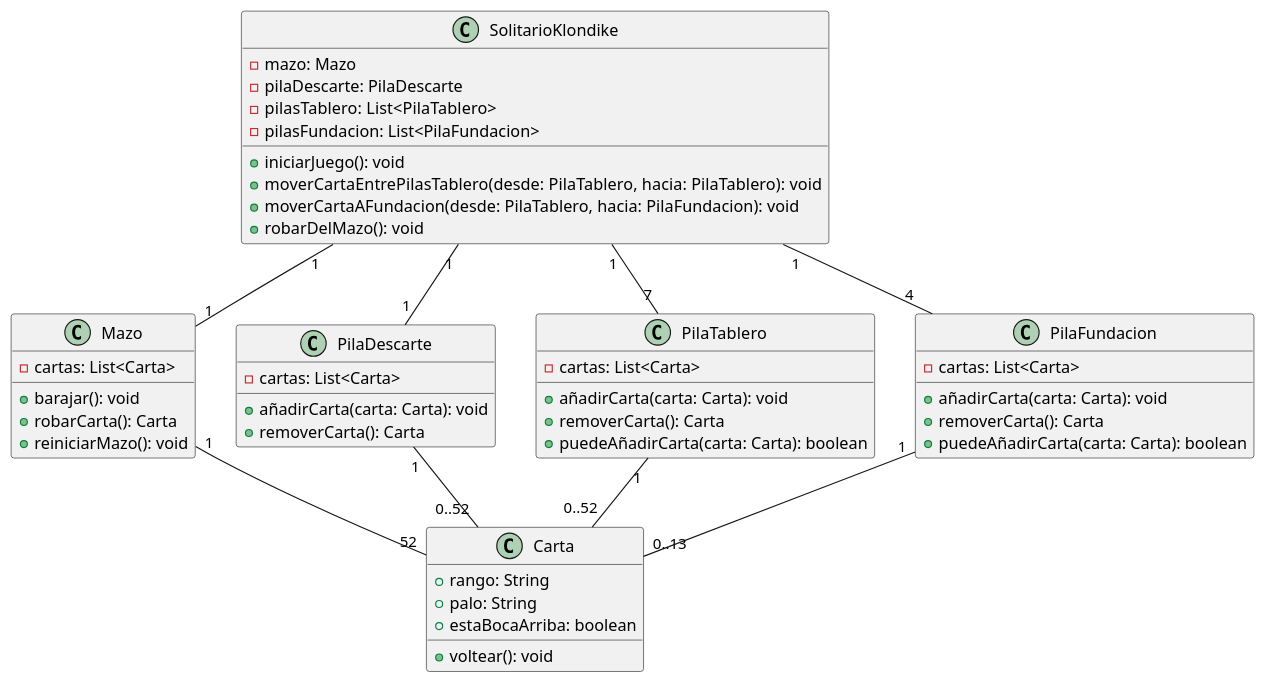
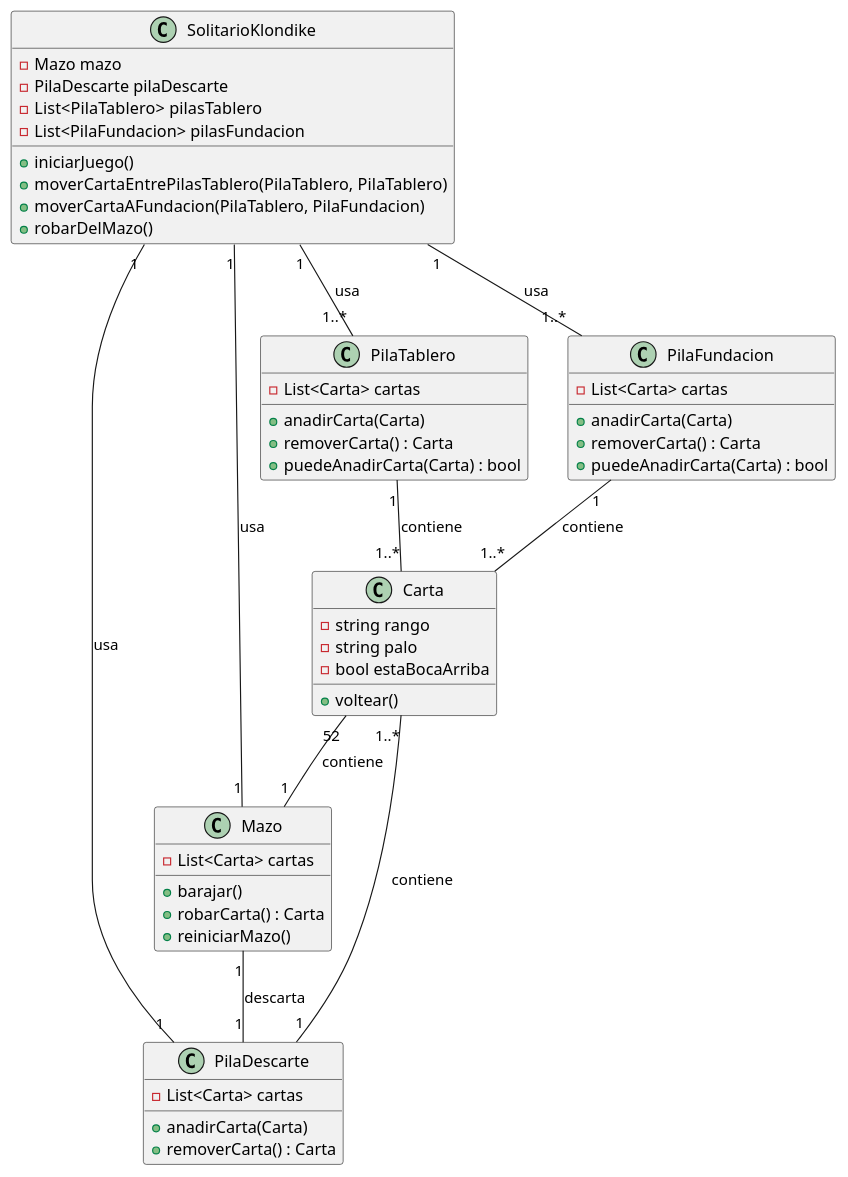
One commit to 22310226/PROYECTO-FINAL changed the diagram in uml/solitario.puml. Above: the diagram before and after it, drawn with PlantUML. The commit also changed 23 other files, not shown here.

```diff
--- a/uml/solitario.puml
+++ b/uml/solitario.puml
@@ -1,56 +1,57 @@
-@startuml Solitario 
+@startuml  
 class Carta {
-    +rango: String
-    +palo: String
-    +estaBocaArriba: boolean
-    +voltear(): void
+    - string rango
+    - string palo
+    - bool estaBocaArriba
+    + voltear()
 }
 
 class Mazo {
-    -cartas: List<Carta>
-    +barajar(): void
-    +robarCarta(): Carta
-    +reiniciarMazo(): void
+    - List<Carta> cartas
+    + barajar()
+    + robarCarta() : Carta
+    + reiniciarMazo()
 }
 
 class PilaDescarte {
-    -cartas: List<Carta>
-    +añadirCarta(carta: Carta): void
-    +removerCarta(): Carta
+    - List<Carta> cartas
+    + anadirCarta(Carta)
+    + removerCarta() : Carta
 }
 
 class PilaTablero {
-    -cartas: List<Carta>
-    +añadirCarta(carta: Carta): void
-    +removerCarta(): Carta
-    +puedeAñadirCarta(carta: Carta): boolean
+    - List<Carta> cartas
+    + anadirCarta(Carta)
+    + removerCarta() : Carta
+    + puedeAnadirCarta(Carta) : bool
 }
 
 class PilaFundacion {
-    -cartas: List<Carta>
-    +añadirCarta(carta: Carta): void
-    +removerCarta(): Carta
-    +puedeAñadirCarta(carta: Carta): boolean
+    - List<Carta> cartas
+    + anadirCarta(Carta)
+    + removerCarta() : Carta
+    + puedeAnadirCarta(Carta) : bool
 }
 
 class SolitarioKlondike {
-    -mazo: Mazo
-    -pilaDescarte: PilaDescarte
-    -pilasTablero: List<PilaTablero>
-    -pilasFundacion: List<PilaFundacion>
-    +iniciarJuego(): void
-    +moverCartaEntrePilasTablero(desde: PilaTablero, hacia: PilaTablero): void
-    +moverCartaAFundacion(desde: PilaTablero, hacia: PilaFundacion): void
-    +robarDelMazo(): void
+    - Mazo mazo
+    - PilaDescarte pilaDescarte
+    - List<PilaTablero> pilasTablero
+    - List<PilaFundacion> pilasFundacion
+    + iniciarJuego()
+    + moverCartaEntrePilasTablero(PilaTablero, PilaTablero)
+    + moverCartaAFundacion(PilaTablero, PilaFundacion)
+    + robarDelMazo()
 }
 
-Mazo "1" -- "52" Carta
-PilaTablero "1" -- "0..52" Carta
-PilaFundacion "1" -- "0..13" Carta
-PilaDescarte "1" -- "0..52" Carta
-SolitarioKlondike "1" -- "1" Mazo
-SolitarioKlondike "1" -- "1" PilaDescarte
-SolitarioKlondike "1" -- "7" PilaTablero
-SolitarioKlondike "1" -- "4" PilaFundacion
+Carta "52" -- "1" Mazo : contiene
+Mazo "1" -- "1" PilaDescarte : descarta
+PilaDescarte "1" -- "1..*" Carta : contiene
+PilaTablero "1" -- "1..*" Carta : contiene
+PilaFundacion "1" -- "1..*" Carta : contiene
+SolitarioKlondike "1" -- "1" Mazo : usa
+SolitarioKlondike "1" -- "1" PilaDescarte : usa
+SolitarioKlondike "1" -- "1..*" PilaTablero : usa
+SolitarioKlondike "1" -- "1..*" PilaFundacion : usa
 
 @enduml
```
